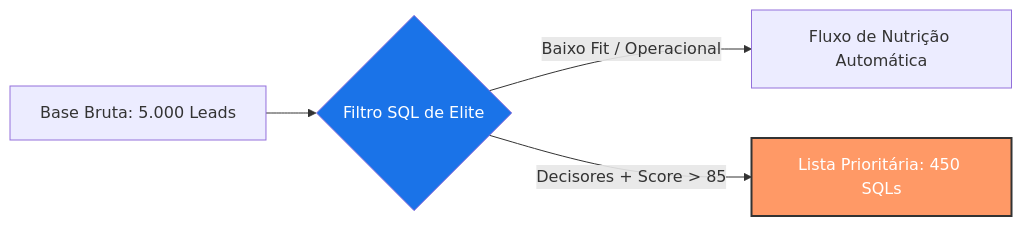
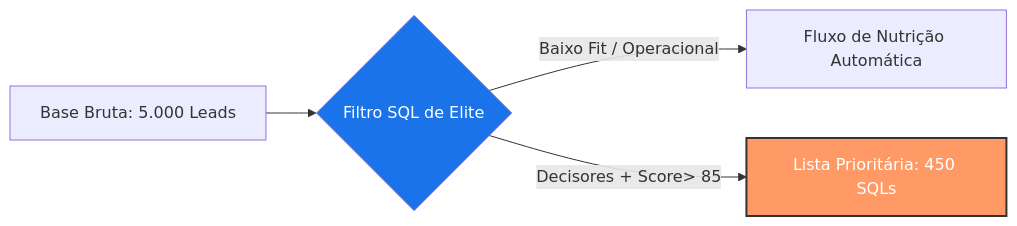
One commit to daniloespeleta/martechproj changed the diagram in casos/01-qualificacao-leads.md. Above: the diagram before and after it, drawn with Mermaid. The commit also changed other lines of this file, not shown here.

````diff
--- a/casos/01-qualificacao-leads.md
+++ b/casos/01-qualificacao-leads.md
@@ -37,9 +37,9 @@
 ```mermaid
 graph LR
     A[Base Bruta: 5.000 Leads] --> B{Filtro SQL de Elite}
     B -->|Baixo Fit / Operacional| C[Fluxo de Nutrição Automática]
-    B -->|Decisores + Score > 85| D[Lista Prioritária: 450 SQLs]
+    B -->|Decisores + Score> 85| D[Lista Prioritária: 450 SQLs]
     
     style D fill:#f96,stroke:#333,stroke-width:2px,color:white
     style B fill:#1a73e8,color:white
 ```
````
